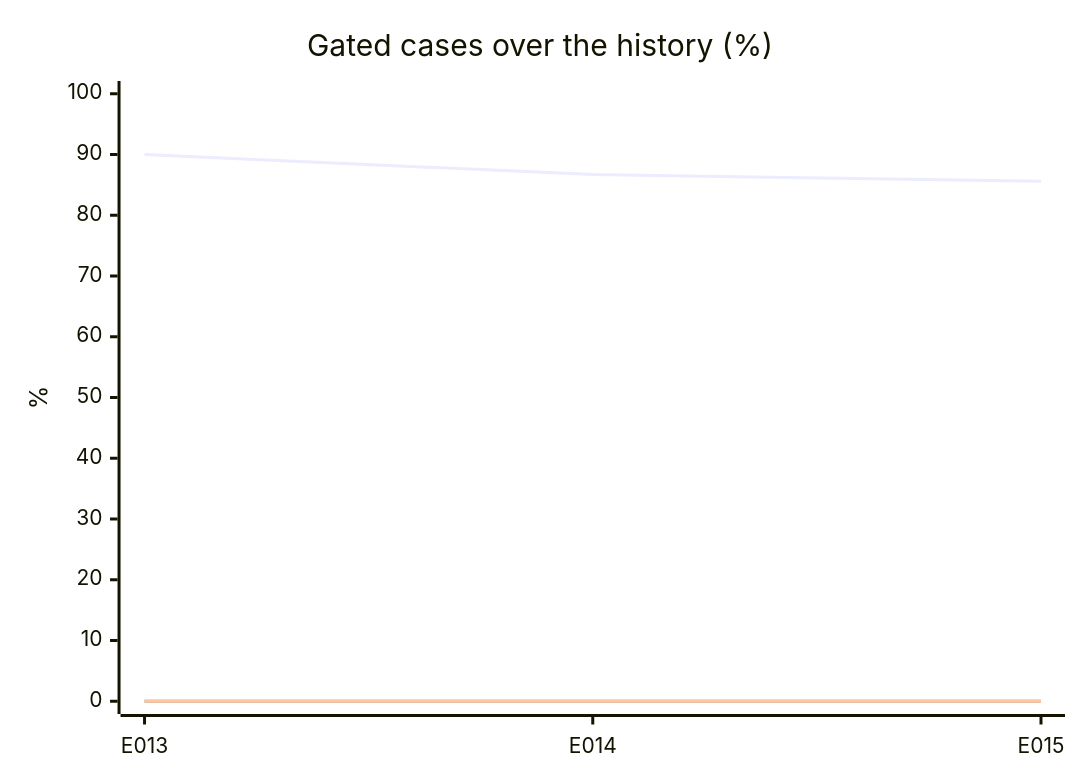
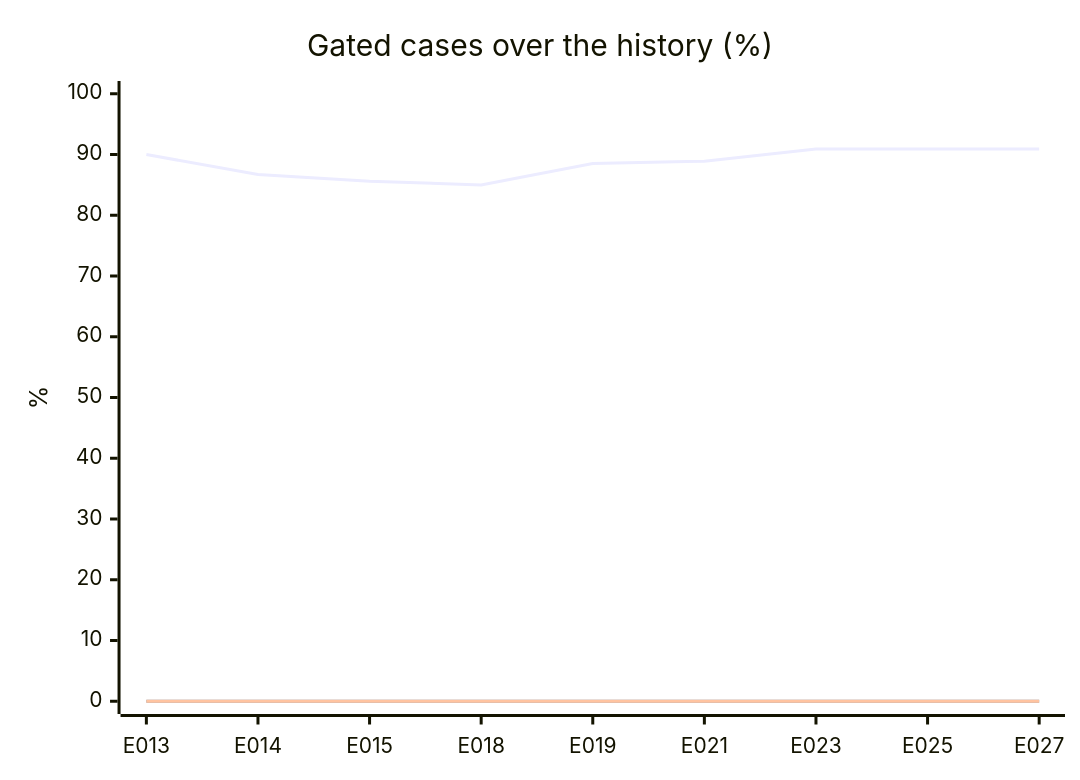
The first of 2 diagrams in evals/report.md (acarbonellb/anti-fraud-agent), drawn with Mermaid before and after one commit. The commit also changed other lines of this file and 198 other files, not shown here.

````diff
--- a/evals/report.md
+++ b/evals/report.md
@@ -46,9 +52,9 @@
 ```mermaid
 xychart-beta
   title "Gated cases over the history (%)"
-  x-axis [E013, E014, E015]
+  x-axis [E013, E014, E015, E018, E019, E021, E023, E025, E027]
   y-axis "%" 0 --> 100
-  line [90, 86.7, 85.6]
-  line [0, 0, 0]
-  line [0, 0, 0]
+  line [90, 86.7, 85.6, 85, 88.5, 88.9, 90.9, 90.9, 90.9]
+  line [0, 0, 0, 0, 0, 0, 0, 0, 0]
+  line [0, 0, 0, 0, 0, 0, 0, 0, 0]
 ```
````
